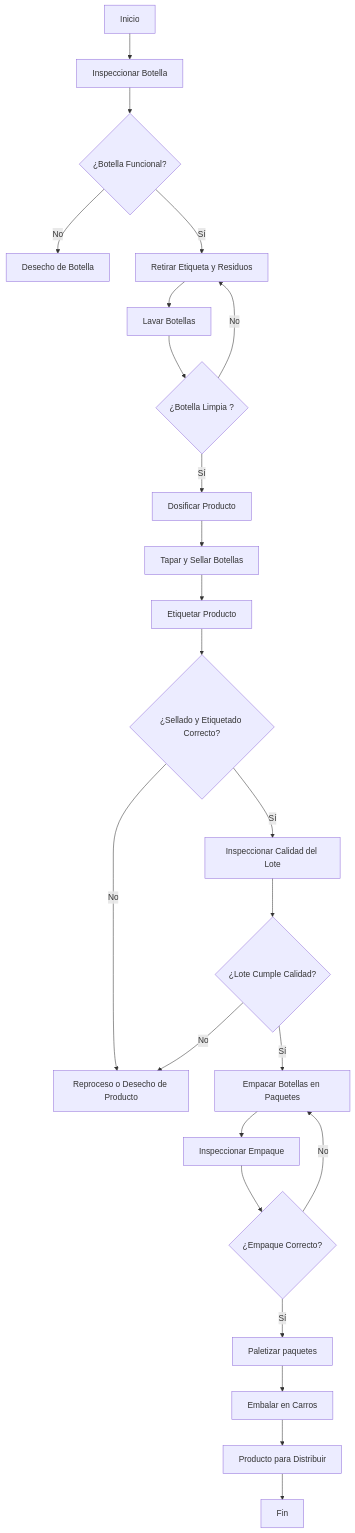
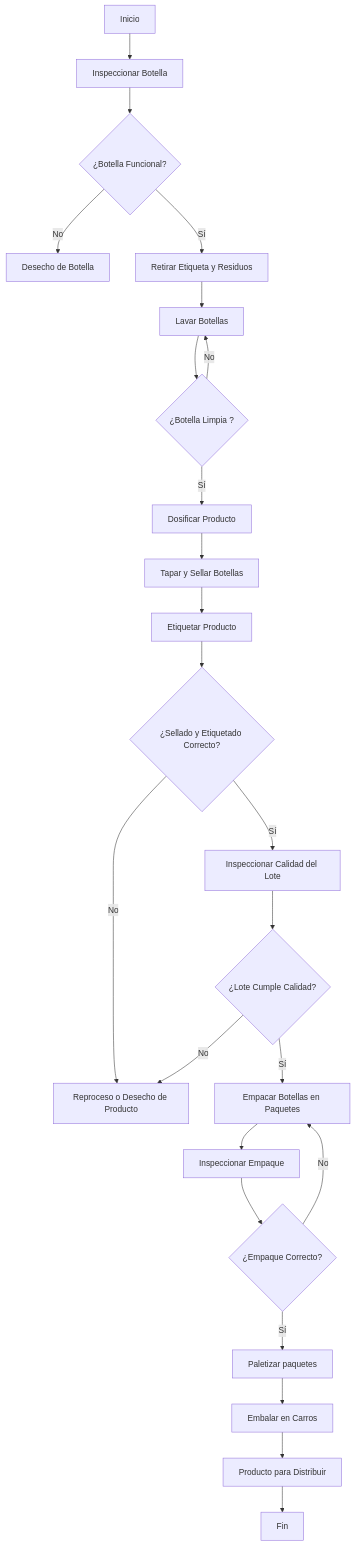
The first of 2 diagrams in Modulo_2/Readme.md (NicolasDavila2001/APM-20261S), drawn with Mermaid before and after one commit.

Commit message:
Fix flowchart logic in Readme.md

````diff
--- a/Modulo_2/Readme.md
+++ b/Modulo_2/Readme.md
@@ -8,38 +8,38 @@
 ```mermaid 
 flowchart TD
     A[Inicio] --> B[Inspeccionar Botella]
     
     B --> C{¿Botella Funcional?}
     
     C -- No --> X[Desecho de Botella]
     C -- Sí --> E[Retirar Etiqueta y Residuos]
     
     E --> F[Lavar Botellas]
     
     F--> H{¿Botella Limpia ?}
-    H -- No --> E
+    H -- No --> F
     H -- Sí --> I[Dosificar Producto]
 
     I --> K[Tapar y Sellar Botellas]
     K --> L[Etiquetar Producto]
     
     L --> N{¿Sellado y Etiquetado Correcto?}
     
     N -- No --> Y[Reproceso o Desecho de Producto]
     N -- Sí --> O[Inspeccionar Calidad del Lote]
     
     O --> P{¿Lote Cumple Calidad?}
     P -- No --> Y
     P -- Sí --> Q[Empacar Botellas en Paquetes]
     
     Q --> S[Inspeccionar Empaque]
     
     S --> T{¿Empaque Correcto?}
     T -- No --> Q
     T -- Sí --> U[Paletizar paquetes]
     
     U --> V[Embalar en Carros]
     V --> W[Producto para Distribuir]
     
     W --> Z[Fin]
 ```
````
